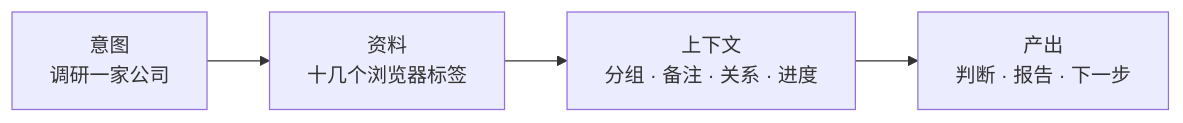
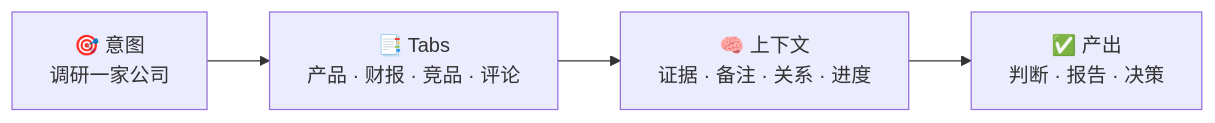
The first of 2 diagrams in README.md (KaichenCurry/TabNexus), drawn with Mermaid before and after one commit. The commit also changed other lines of this file and 79 other files, not shown here.

````diff
--- a/README.md
+++ b/README.md
@@ -36,6 +37,6 @@
-```mermaid
+~~~mermaid
 flowchart LR
-    Intent["意图<br/>调研一家公司"] --> Tabs["资料<br/>十几个浏览器标签"]
-    Tabs --> Context["上下文<br/>分组 · 备注 · 关系 · 进度"]
-    Context --> Output["产出<br/>判断 · 报告 · 下一步"]
-```
+    Intent["🎯 意图<br/>调研一家公司"] --> Tabs["📑 Tabs<br/>产品 · 财报 · 竞品 · 评论"]
+    Tabs --> Context["🧠 上下文<br/>证据 · 备注 · 关系 · 进度"]
+    Context --> Output["✅ 产出<br/>判断 · 报告 · 决策"]
+~~~
````
